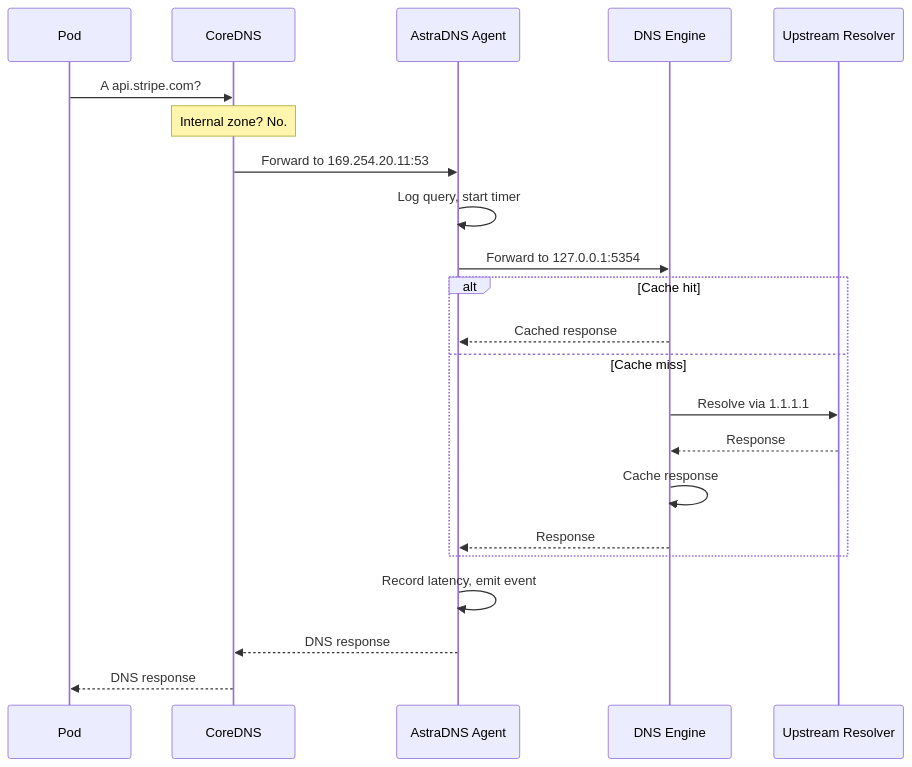
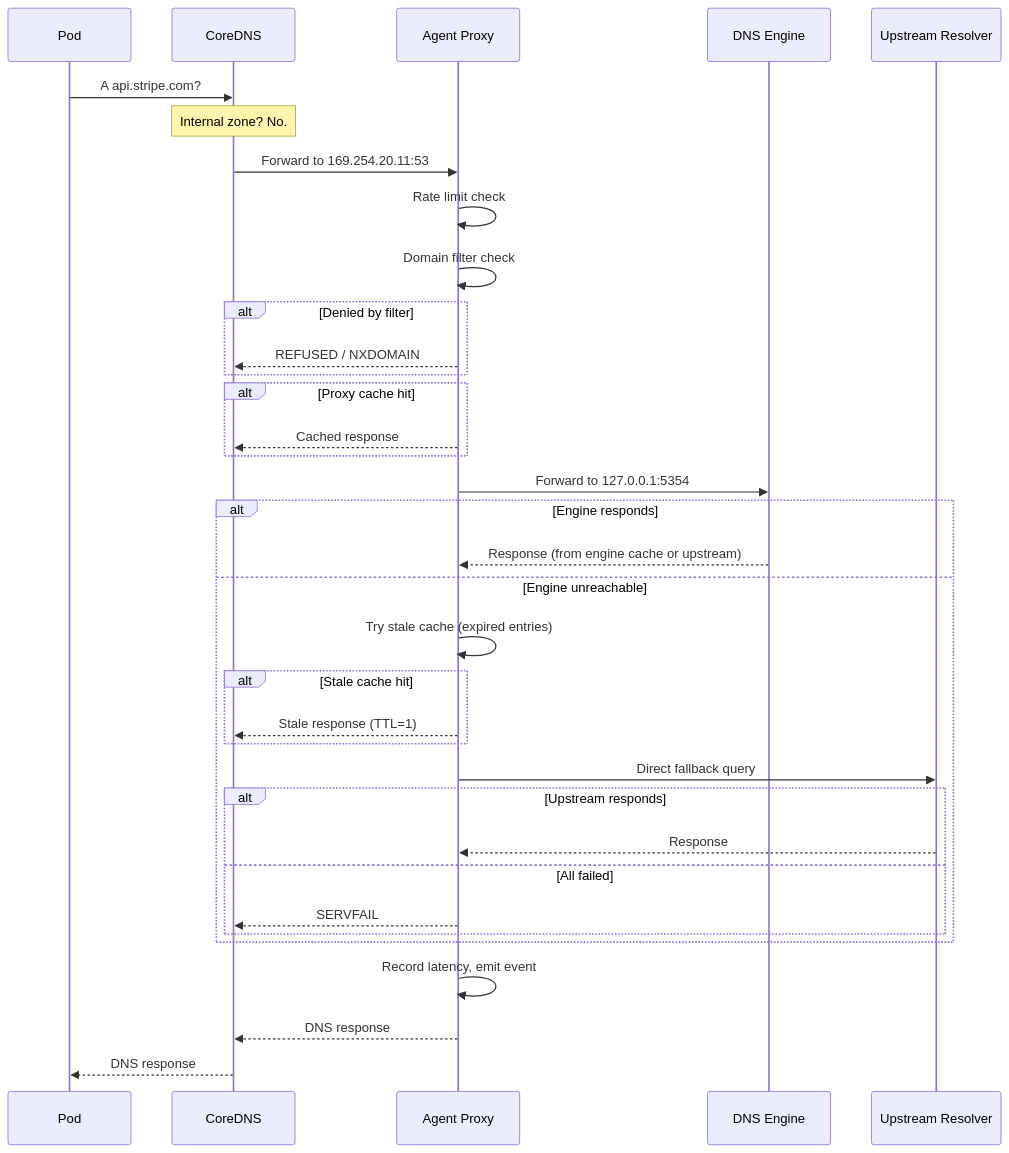
Before and after one commit to astradns/astradns-site: the diagram in docs/en/architecture/data-path.md, drawn with Mermaid. The commit also changed other lines of this file and 3 other files, not shown here.

First line of the commit message:
docs(site): document resilience chain, new metrics, and domain filter CRD

````diff
--- a/docs/en/architecture/data-path.md
+++ b/docs/en/architecture/data-path.md
@@ -7,25 +7,38 @@
 ```mermaid
 sequenceDiagram
     participant Pod
     participant CoreDNS
-    participant Agent as AstraDNS Agent
+    participant Proxy as Agent Proxy
     participant Engine as DNS Engine
     participant Upstream as Upstream Resolver
 
     Pod->>CoreDNS: A api.stripe.com?
     Note over CoreDNS: Internal zone? No.
-    CoreDNS->>Agent: Forward to 169.254.20.11:53
-    Agent->>Agent: Log query, start timer
-    Agent->>Engine: Forward to 127.0.0.1:5354
-    alt Cache hit
-        Engine-->>Agent: Cached response
-    else Cache miss
-        Engine->>Upstream: Resolve via 1.1.1.1
-        Upstream-->>Engine: Response
-        Engine->>Engine: Cache response
-        Engine-->>Agent: Response
+    CoreDNS->>Proxy: Forward to 169.254.20.11:53
+    Proxy->>Proxy: Rate limit check
+    Proxy->>Proxy: Domain filter check
+    alt Denied by filter
+        Proxy-->>CoreDNS: REFUSED / NXDOMAIN
     end
-    Agent->>Agent: Record latency, emit event
-    Agent-->>CoreDNS: DNS response
+    alt Proxy cache hit
+        Proxy-->>CoreDNS: Cached response
+    end
+    Proxy->>Engine: Forward to 127.0.0.1:5354
+    alt Engine responds
+        Engine-->>Proxy: Response (from engine cache or upstream)
+    else Engine unreachable
+        Proxy->>Proxy: Try stale cache (expired entries)
+        alt Stale cache hit
+            Proxy-->>CoreDNS: Stale response (TTL=1)
+        end
+        Proxy->>Upstream: Direct fallback query
+        alt Upstream responds
+            Upstream-->>Proxy: Response
+        else All failed
+            Proxy-->>CoreDNS: SERVFAIL
+        end
+    end
+    Proxy->>Proxy: Record latency, emit event
+    Proxy-->>CoreDNS: DNS response
     CoreDNS-->>Pod: DNS response
 ```
````
